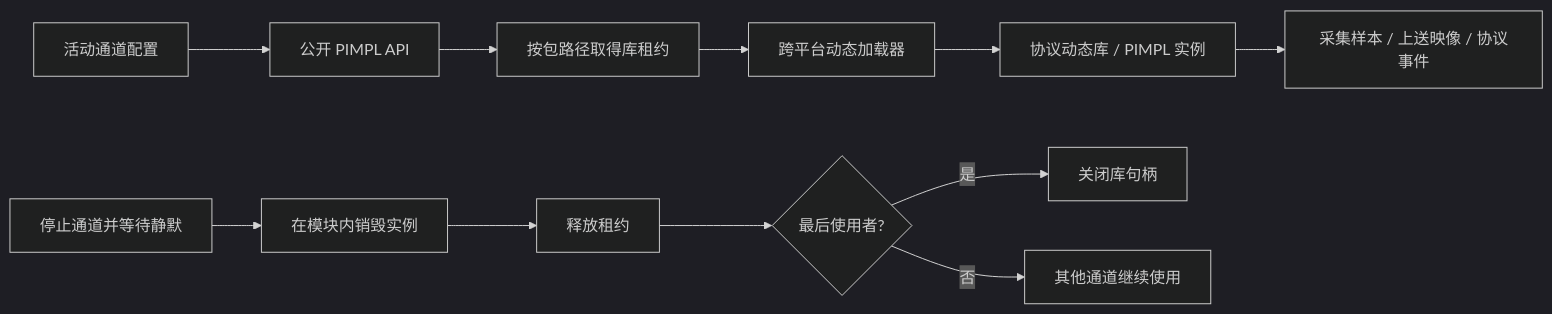
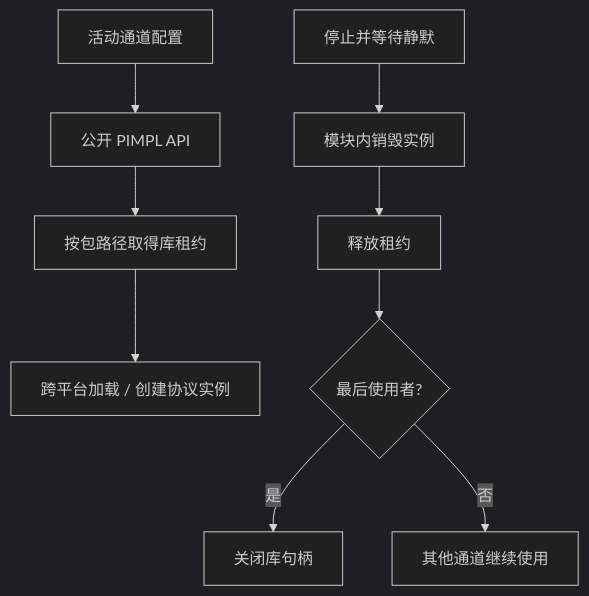
The fourth of 8 diagrams in website/docs/processes/collector/design.md (600888/ems), drawn with Mermaid (dark theme) before and after one commit. The commit also changed other lines of this file and 17 other files, not shown here.

````diff
--- a/website/docs/processes/collector/design.md
+++ b/website/docs/processes/collector/design.md
@@ -187,13 +139,11 @@
 ```mermaid
-flowchart LR
-    Channel[活动通道配置] --> API[公开 PIMPL API]
+flowchart TD
+    Config[活动通道配置] --> API[公开 PIMPL API]
     API --> Lease[按包路径取得库租约]
-    Lease --> Loader[跨平台动态加载器]
-    Loader --> Plugin[协议动态库 / PIMPL 实例]
-    Plugin --> Data[采集样本 / 上送映像 / 协议事件]
-    Stop[停止通道并等待静默] --> Destroy[在模块内销毁实例]
+    Lease --> Plugin[跨平台加载 / 创建协议实例]
+    Stop[停止并等待静默] --> Destroy[模块内销毁实例]
     Destroy --> Release[释放租约]
     Release --> Last{最后使用者?}
     Last -->|是| Unload[关闭库句柄]
-    Last -->|否| Reuse[其他通道继续使用]
+    Last -->|否| Keep[其他通道继续使用]
 ```
````
